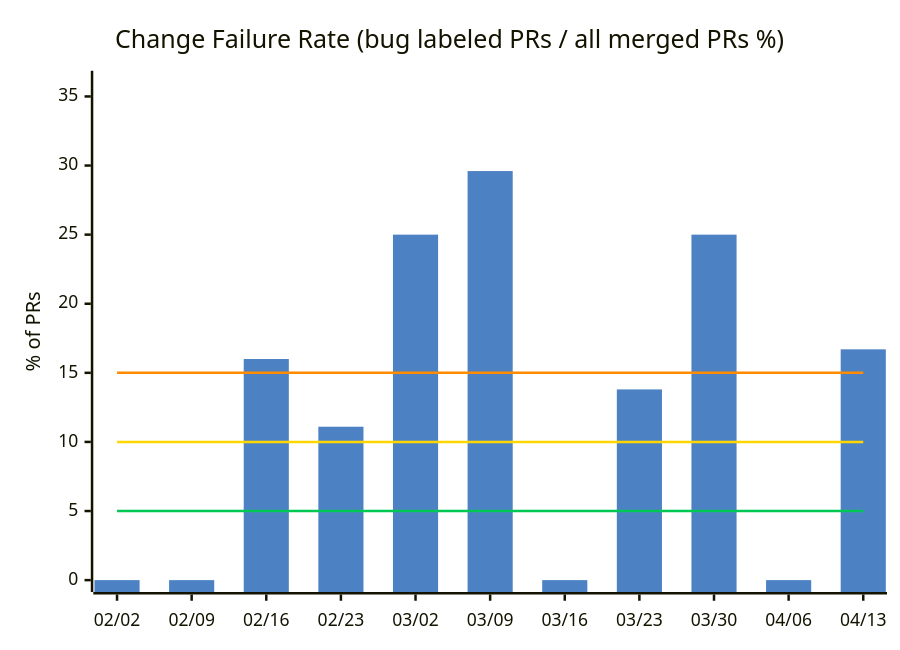
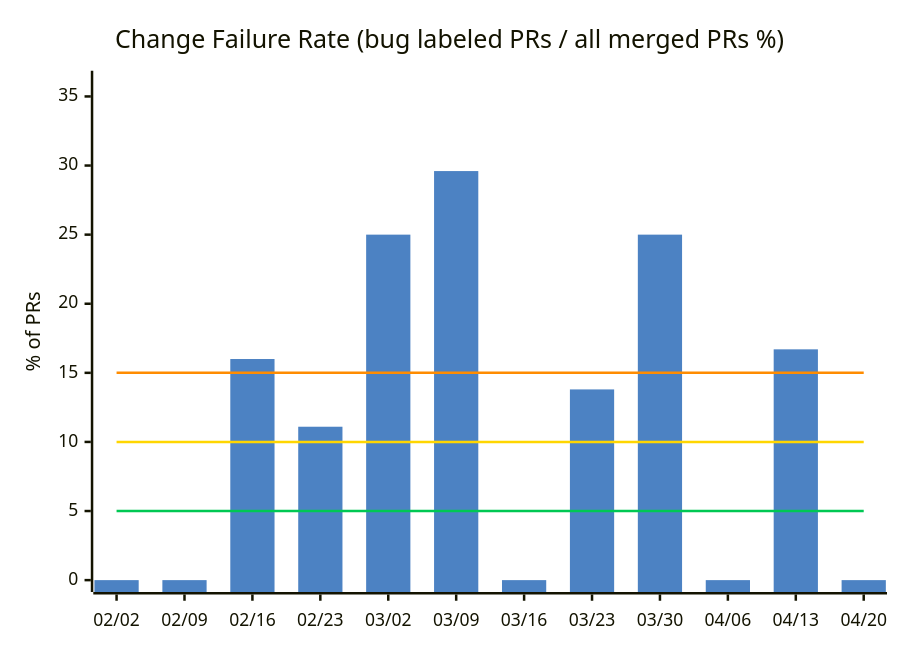
One commit to nablarch/nabledge-dev changed the third of 14 diagrams in docs/metrics.md. Above: the diagram before and after it, drawn with Mermaid. The commit also changed other lines of this file and 2 other files, not shown here.

````diff
--- a/docs/metrics.md
+++ b/docs/metrics.md
@@ -61,11 +61,11 @@
 ```mermaid
 %%{init: {'theme': 'base', 'themeVariables': {'xyChart': {'plotColorPalette': '#4C82C3,#00C853,#FFD600,#FF8C00'}}}}%%
 xychart-beta
   title "Change Failure Rate (bug labeled PRs / all merged PRs %)"
-  x-axis ["02/02", "02/09", "02/16", "02/23", "03/02", "03/09", "03/16", "03/23", "03/30", "04/06", "04/13"]
+  x-axis ["02/02", "02/09", "02/16", "02/23", "03/02", "03/09", "03/16", "03/23", "03/30", "04/06", "04/13", "04/20"]
   y-axis "% of PRs" 0 --> 36
-  bar [0, 0, 16, 11.1, 25, 29.6, 0, 13.8, 25, 0, 16.7]
-  line [5, 5, 5, 5, 5, 5, 5, 5, 5, 5, 5]
-  line [10, 10, 10, 10, 10, 10, 10, 10, 10, 10, 10]
-  line [15, 15, 15, 15, 15, 15, 15, 15, 15, 15, 15]
+  bar [0, 0, 16, 11.1, 25, 29.6, 0, 13.8, 25, 0, 16.7, 0]
+  line [5, 5, 5, 5, 5, 5, 5, 5, 5, 5, 5, 5]
+  line [10, 10, 10, 10, 10, 10, 10, 10, 10, 10, 10, 10]
+  line [15, 15, 15, 15, 15, 15, 15, 15, 15, 15, 15, 15]
 ```
````
